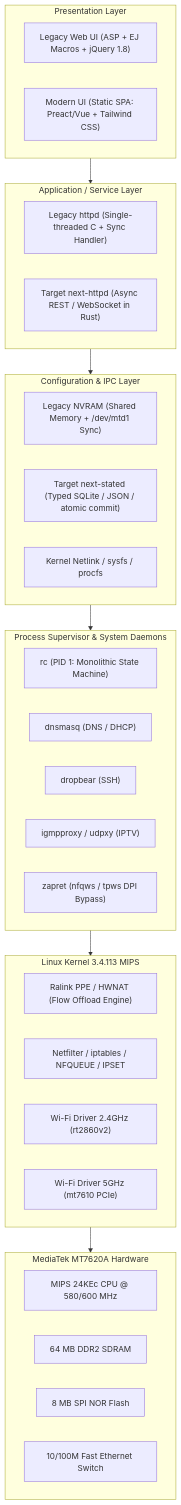
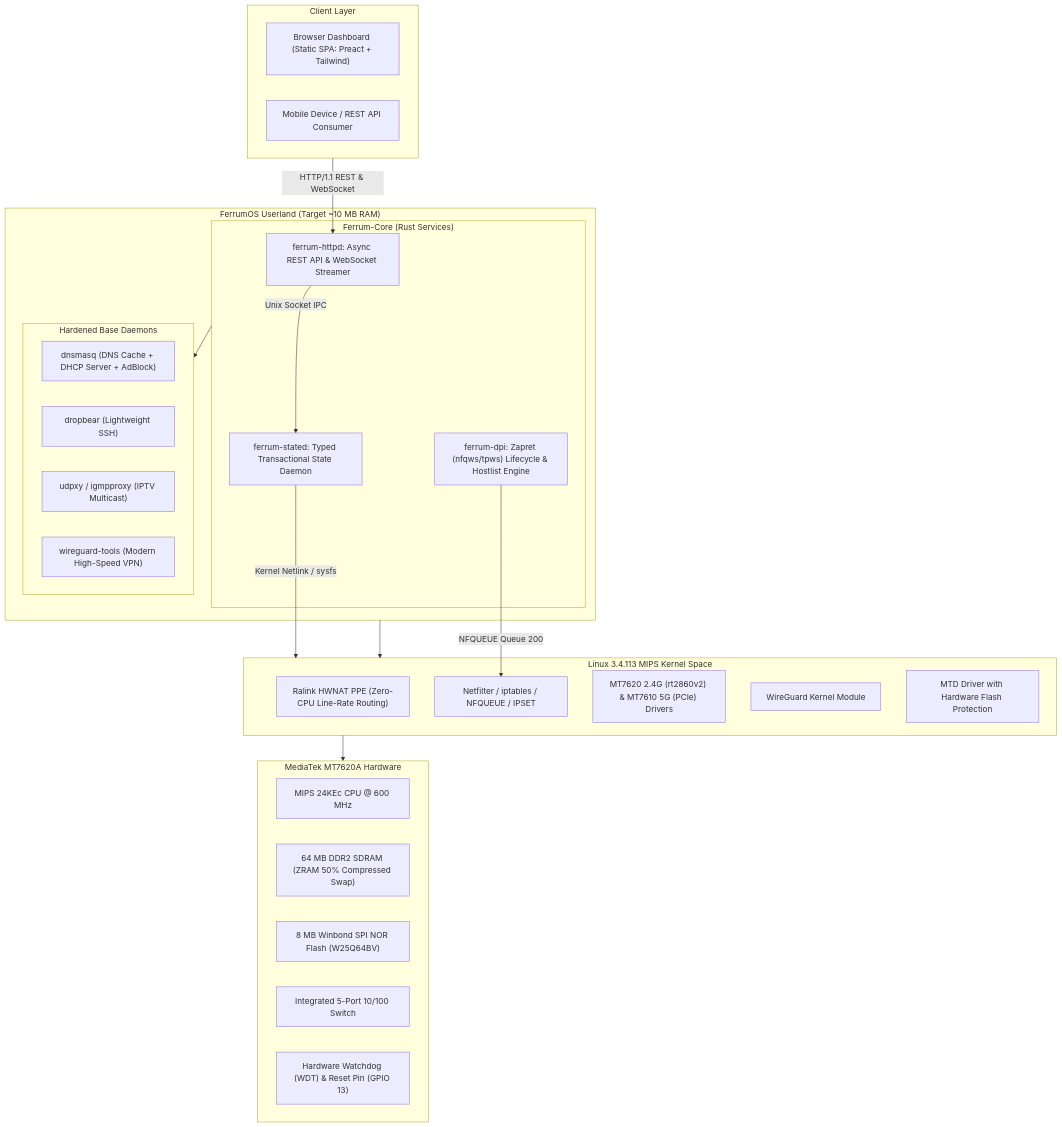
The diagram in docs/ARCHITECTURE.md (MikhaelCat/FerrumOS), drawn with Mermaid before and after one commit. The commit also changed other lines of this file and 3 other files, not shown here.

Commit message:
docs: complete FerrumOS architecture, anti-brick failsafe guarantee, and bloatware audit

````diff
--- a/docs/ARCHITECTURE.md
+++ b/docs/ARCHITECTURE.md
@@ -9,46 +9,46 @@
 ```mermaid
 flowchart TD
-    subgraph UI ["Presentation Layer"]
-        A1["Legacy Web UI (ASP + EJ Macros + jQuery 1.8)"]
-        A2["Modern UI (Static SPA: Preact/Vue + Tailwind CSS)"]
+    subgraph Client ["Client Layer"]
+        A1["Browser Dashboard (Static SPA: Preact + Tailwind)"]
+        A2["Mobile Device / REST API Consumer"]
     end
 
-    subgraph API ["Application / Service Layer"]
-        B1["Legacy httpd (Single-threaded C + Sync Handler)"]
-        B2["Target next-httpd (Async REST / WebSocket in Rust)"]
+    subgraph Userland ["FerrumOS Userland (Target ~10 MB RAM)"]
+        subgraph Core ["Ferrum-Core (Rust Services)"]
+            B1["ferrum-httpd: Async REST API & WebSocket Streamer"]
+            B2["ferrum-stated: Typed Transactional State Daemon"]
+            B3["ferrum-dpi: Zapret (nfqws/tpws) Lifecycle & Hostlist Engine"]
+        end
+
+        subgraph Daemons ["Hardened Base Daemons"]
+            C1["dnsmasq (DNS Cache + DHCP Server + AdBlock)"]
+            C2["dropbear (Lightweight SSH)"]
+            C3["udpxy / igmpproxy (IPTV Multicast)"]
+            C4["wireguard-tools (Modern High-Speed VPN)"]
+        end
     end
 
-    subgraph State ["Configuration & IPC Layer"]
-        C1["Legacy NVRAM (Shared Memory + /dev/mtd1 Sync)"]
-        C2["Target next-stated (Typed SQLite / JSON / atomic commit)"]
-        C3["Kernel Netlink / sysfs / procfs"]
-    end
-
-    subgraph Core ["Process Supervisor & System Daemons"]
-        D1["rc (PID 1: Monolithic State Machine)"]
-        D2["dnsmasq (DNS / DHCP)"]
-        D3["dropbear (SSH)"]
-        D4["igmpproxy / udpxy (IPTV)"]
-        D5["zapret (nfqws / tpws DPI Bypass)"]
-    end
-
-    subgraph Kernel ["Linux Kernel 3.4.113 MIPS"]
-        E1["Ralink PPE / HWNAT (Flow Offload Engine)"]
-        E2["Netfilter / iptables / NFQUEUE / IPSET"]
-        E3["Wi-Fi Driver 2.4GHz (rt2860v2)"]
-        E4["Wi-Fi Driver 5GHz (mt7610 PCIe)"]
+    subgraph Kernel ["Linux 3.4.113 MIPS Kernel Space"]
+        D1["Ralink HWNAT PPE (Zero-CPU Line-Rate Routing)"]
+        D2["Netfilter / iptables / NFQUEUE / IPSET"]
+        D3["MT7620 2.4G (rt2860v2) & MT7610 5G (PCIe) Drivers"]
+        D4["WireGuard Kernel Module"]
+        D5["MTD Driver with Hardware Flash Protection"]
     end
 
     subgraph Hardware ["MediaTek MT7620A Hardware"]
-        F1["MIPS 24KEc CPU @ 580/600 MHz"]
-        F2["64 MB DDR2 SDRAM"]
-        F3["8 MB SPI NOR Flash"]
-        F4["10/100M Fast Ethernet Switch"]
+        E1["MIPS 24KEc CPU @ 600 MHz"]
+        E2["64 MB DDR2 SDRAM (ZRAM 50% Compressed Swap)"]
+        E3["8 MB Winbond SPI NOR Flash (W25Q64BV)"]
+        E4["Integrated 5-Port 10/100 Switch"]
+        E5["Hardware Watchdog (WDT) & Reset Pin (GPIO 13)"]
     end
 
-    UI --> API
-    API --> State
-    State --> Core
-    Core --> Kernel
+    Client -->|HTTP/1.1 REST & WebSocket| B1
+    B1 -->|Unix Socket IPC| B2
+    B2 -->|Kernel Netlink / sysfs| Kernel
+    B3 -->|NFQUEUE Queue 200| D2
+    Core --> Daemons
+    Userland --> Kernel
     Kernel --> Hardware
 ```
````
